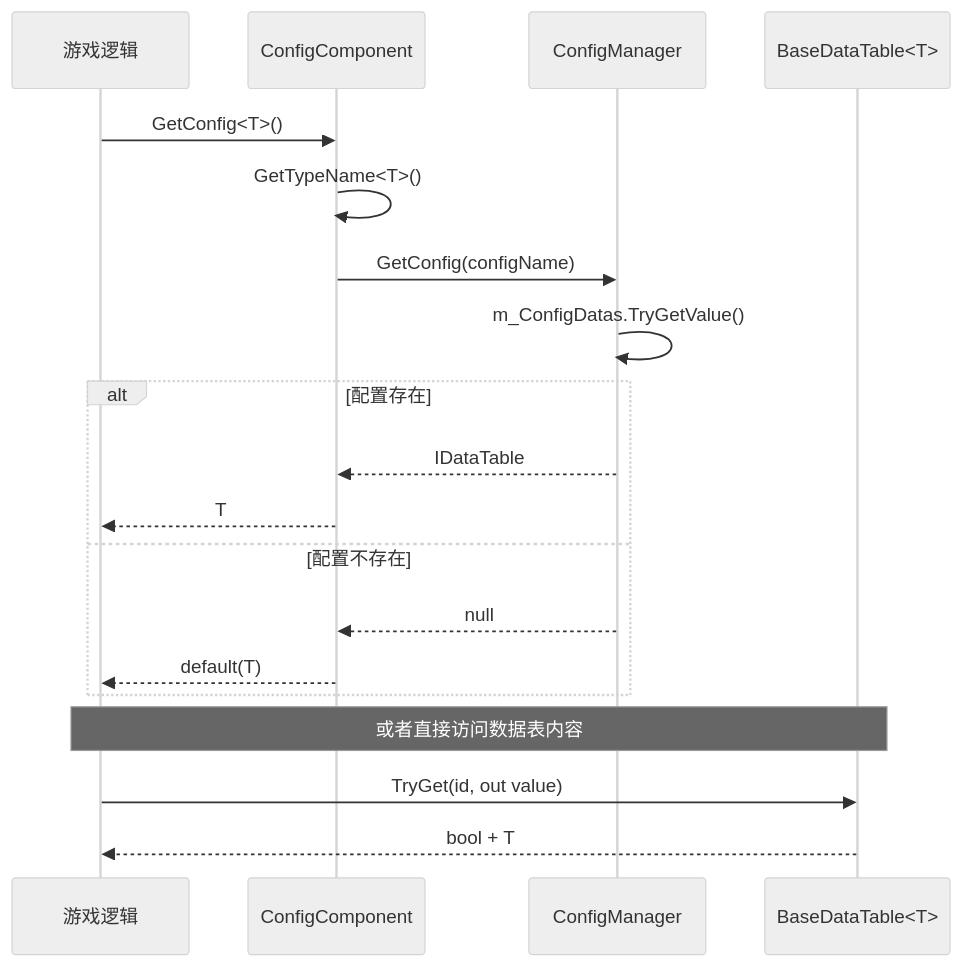
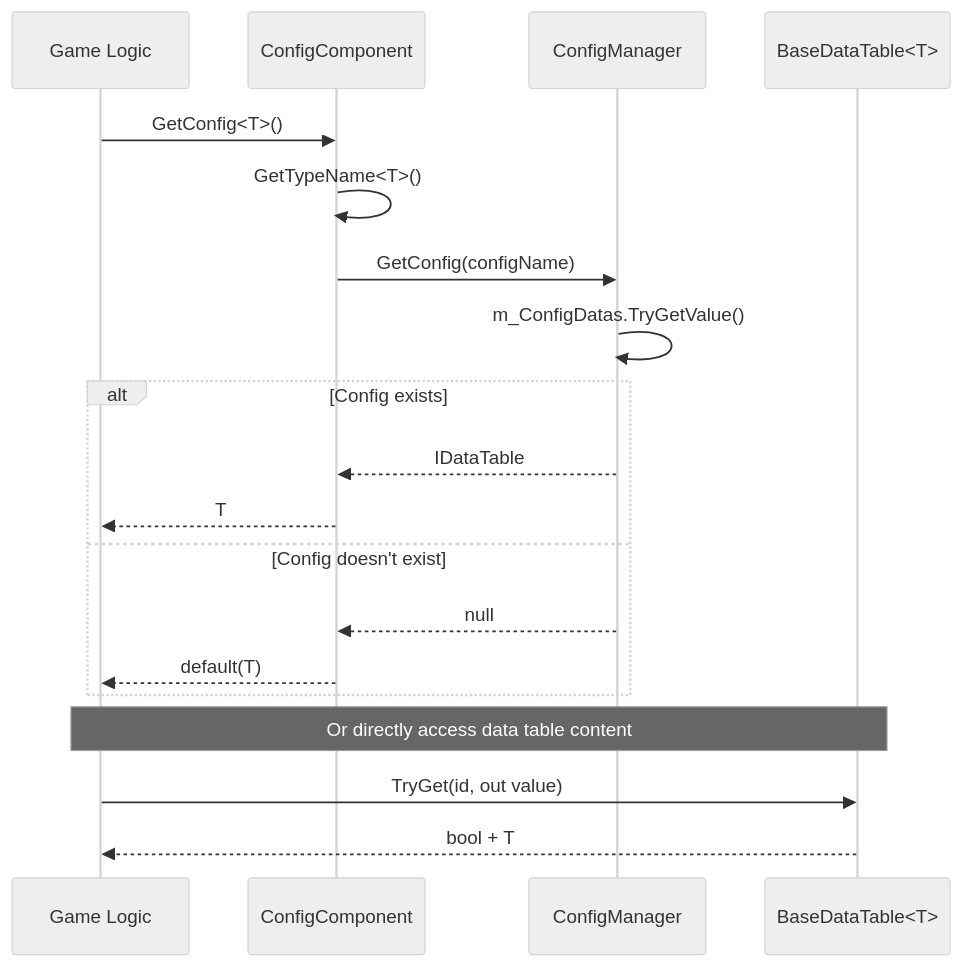
The second of 2 diagrams in docs/en/client/unity/component/config/01.overview.md (AlianBlank/GameFrameX.Docs), drawn with Mermaid (neutral theme) before and after one commit. The commit also changed other lines of this file and 242 other files, not shown here.

````diff
--- a/docs/en/client/unity/component/config/01.overview.md
+++ b/docs/en/client/unity/component/config/01.overview.md
@@ -108,23 +108,23 @@
 ```mermaid
 sequenceDiagram
-    participant GameLogic as 游戏逻辑
+    participant GameLogic as Game Logic
     participant CC as ConfigComponent
     participant CM as ConfigManager
     participant DT as BaseDataTable<T>
 
     GameLogic->>CC: GetConfig<T>()
     CC->>CC: GetTypeName<T>()
     CC->>CM: GetConfig(configName)
     CM->>CM: m_ConfigDatas.TryGetValue()
-    alt 配置存在
+    alt Config exists
         CM-->>CC: IDataTable
         CC-->>GameLogic: T
-    else 配置不存在
+    else Config doesn't exist
         CM-->>CC: null
         CC-->>GameLogic: default(T)
     end
     
-    Note over GameLogic,DT: 或者直接访问数据表内容
+    Note over GameLogic,DT: Or directly access data table content
     GameLogic->>DT: TryGet(id, out value)
     DT-->>GameLogic: bool + T
 ```
````
